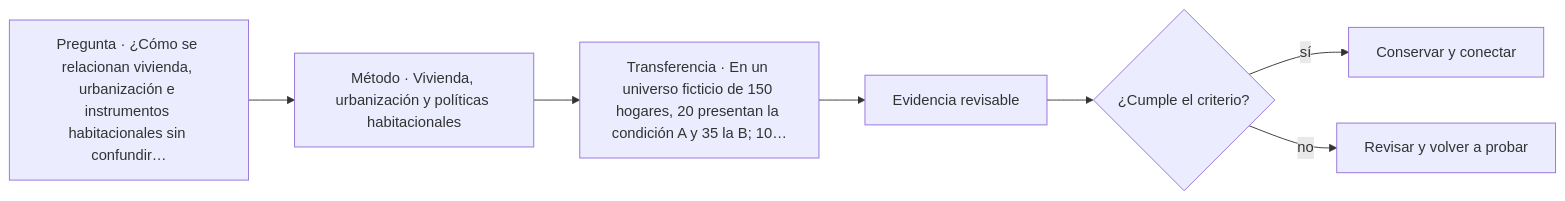
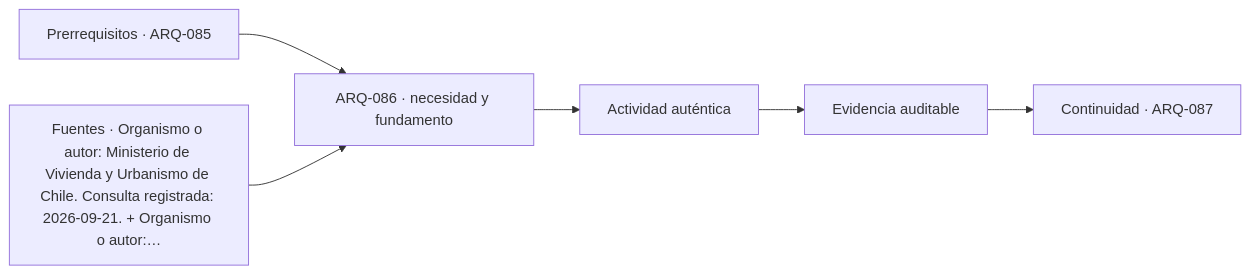
The diagram in classes/parte-09/ARQ-086.md (vladimiracunadev-create/architecture-built-environment-learning-program), drawn with Mermaid before and after one commit. The commit also changed other lines of this file and 761 other files, not shown here.

````diff
--- a/classes/parte-09/ARQ-086.md
+++ b/classes/parte-09/ARQ-086.md
@@ -133,9 +145,8 @@
 ```mermaid
 flowchart LR
-    Q["Pregunta · ¿Cómo se relacionan vivienda, urbanización e instrumentos habitacionales sin confundir…"] --> M["Método · Vivienda, urbanización y políticas habitacionales"]
-    M --> P["Transferencia · En un universo ficticio de 150 hogares, 20 presentan la condición A y 35 la B; 10…"]
-    P --> E["Evidencia revisable"]
-    E --> C{"¿Cumple el criterio?"}
-    C -->|sí| T["Conservar y conectar"]
-    C -->|no| R["Revisar y volver a probar"]
+    A["Prerrequisitos · ARQ-085"] --> B["ARQ-086 · necesidad y fundamento"]
+    S["Fuentes · Organismo o autor: Ministerio de Vivienda y Urbanismo de Chile. Consulta registrada: 2026-09-21. + Organismo o autor:…"] --> B
+    B --> C["Actividad auténtica"]
+    C --> D["Evidencia auditable"]
+    D --> E["Continuidad · ARQ-087"]
 ```
````
